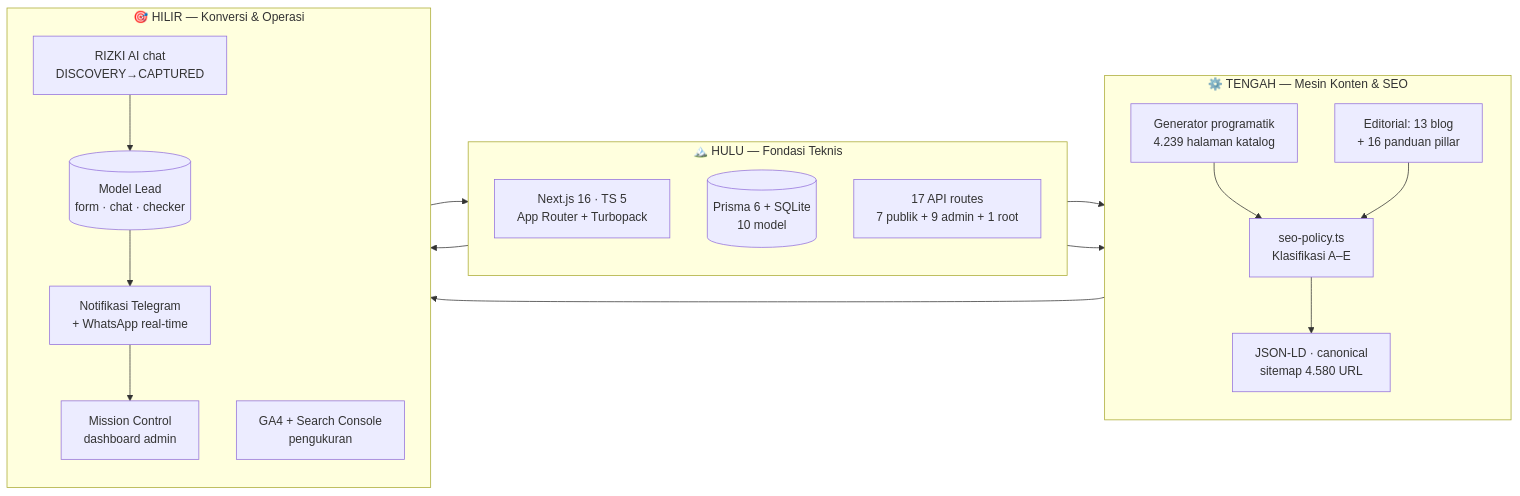
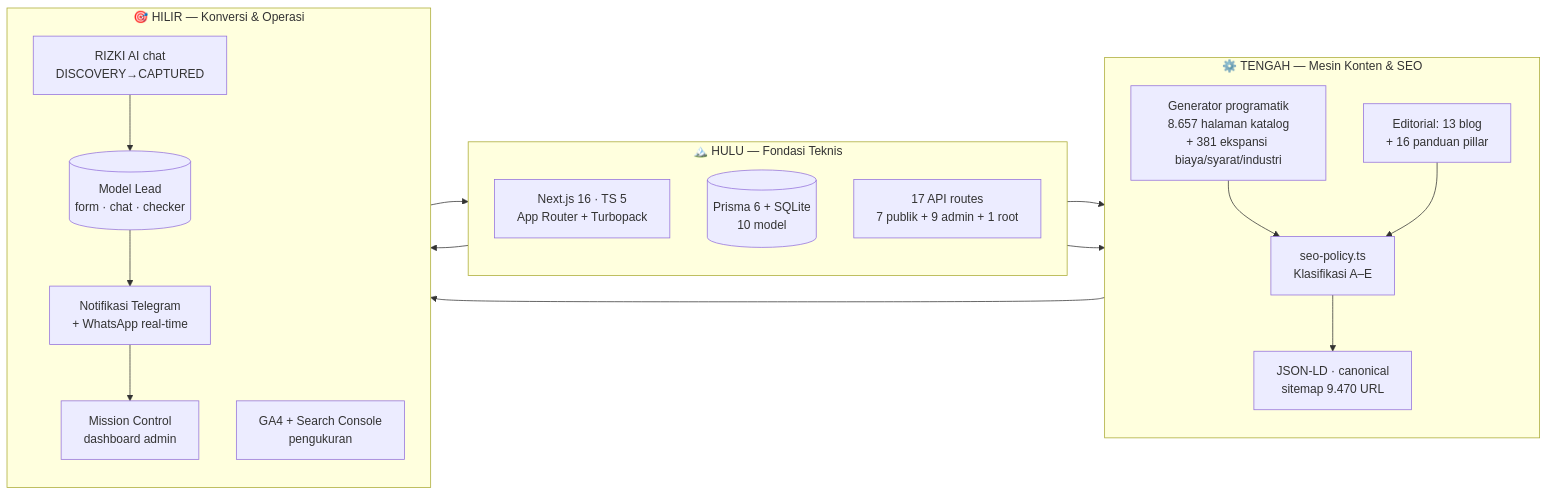
Before and after one commit to prabudanling/pusatperizinan: the first of 4 diagrams in README.md, drawn with Mermaid. The commit also changed other lines of this file and 348 other files, not shown here.

````diff
--- a/README.md
+++ b/README.md
@@ -74,32 +74,32 @@
 ```mermaid
 flowchart LR
     subgraph HULU["🏔️ HULU — Fondasi Teknis"]
         direction TB
         A[Next.js 16 · TS 5<br/>App Router + Turbopack]
         B[(Prisma 6 + SQLite<br/>10 model)]
         C[17 API routes<br/>7 publik + 9 admin + 1 root]
     end
     subgraph TENGAH["⚙️ TENGAH — Mesin Konten & SEO"]
         direction TB
-        D[Generator programatik<br/>4.239 halaman katalog]
+        D[Generator programatik<br/>8.657 halaman katalog<br/>+ 381 ekspansi biaya/syarat/industri]
         E[Editorial: 13 blog<br/>+ 16 panduan pillar]
         F[seo-policy.ts<br/>Klasifikasi A–E]
-        G[JSON-LD · canonical<br/>sitemap 4.580 URL]
+        G[JSON-LD · canonical<br/>sitemap 9.470 URL]
     end
     subgraph HILIR["🎯 HILIR — Konversi & Operasi"]
         direction TB
         H[RIZKI AI chat<br/>DISCOVERY→CAPTURED]
         I[(Model Lead<br/>form · chat · checker)]
         J[Notifikasi Telegram<br/>+ WhatsApp real-time]
         K[Mission Control<br/>dashboard admin]
         L[GA4 + Search Console<br/>pengukuran]
     end
     A --> D
     A --> E
     B --> H
     D --> F --> G
     E --> F
     G --> L
     H --> I --> J --> K
     I --> B
 ```
````
